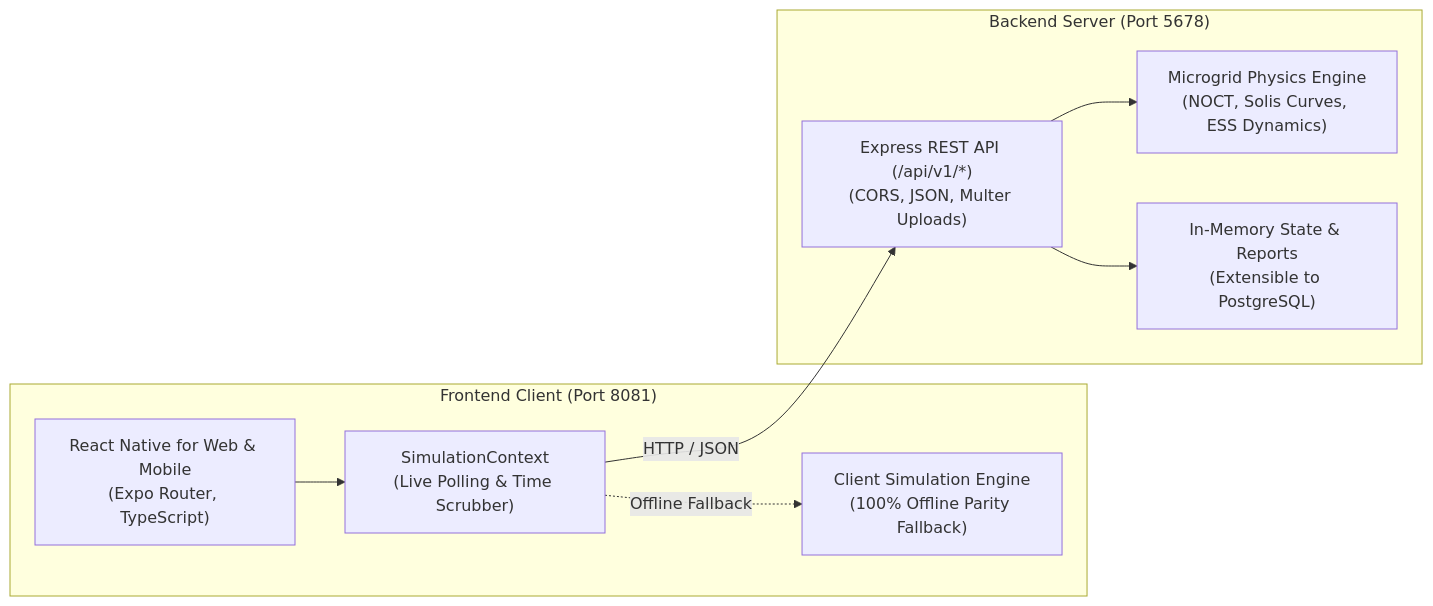
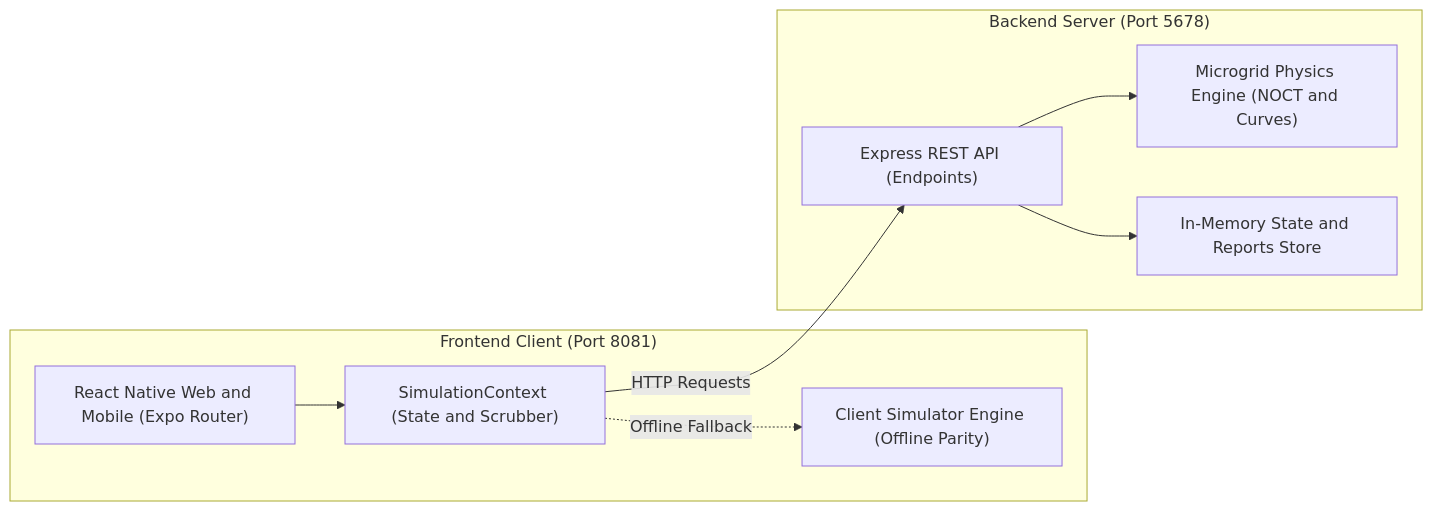
One commit to PeterG184/CREDiT-Visual-Demo changed the second of 2 diagrams in README.md. Above: the diagram before and after it, drawn with Mermaid. The commit also changed other lines of this file, not shown here.

Commit message:
fix(docs): resolve mermaid syntax issues and add ASCII fallback diagrams

````diff
--- a/README.md
+++ b/README.md
@@ -83,20 +120,20 @@
 ```mermaid
 flowchart LR
-    subgraph Client["Frontend Client (Port 8081)"]
-        UI["React Native for Web & Mobile<br/>(Expo Router, TypeScript)"]
-        CTX["SimulationContext<br/>(Live Polling & Time Scrubber)"]
-        FALLBACK["Client Simulation Engine<br/>(100% Offline Parity Fallback)"]
+    subgraph Client ["Frontend Client (Port 8081)"]
+        UI["React Native Web and Mobile (Expo Router)"]
+        CTX["SimulationContext (State and Scrubber)"]
+        FALLBACK["Client Simulator Engine (Offline Parity)"]
     end
 
-    subgraph Server["Backend Server (Port 5678)"]
-        API["Express REST API (/api/v1/*)<br/>(CORS, JSON, Multer Uploads)"]
-        PHYSICS["Microgrid Physics Engine<br/>(NOCT, Solis Curves, ESS Dynamics)"]
-        STORE["In-Memory State & Reports<br/>(Extensible to PostgreSQL)"]
+    subgraph Server ["Backend Server (Port 5678)"]
+        API["Express REST API (Endpoints)"]
+        PHYSICS["Microgrid Physics Engine (NOCT and Curves)"]
+        STORE["In-Memory State and Reports Store"]
     end
 
     UI --> CTX
-    CTX -->|HTTP / JSON| API
+    CTX -->|HTTP Requests| API
     CTX -.->|Offline Fallback| FALLBACK
     API --> PHYSICS
     API --> STORE
 ```
````
